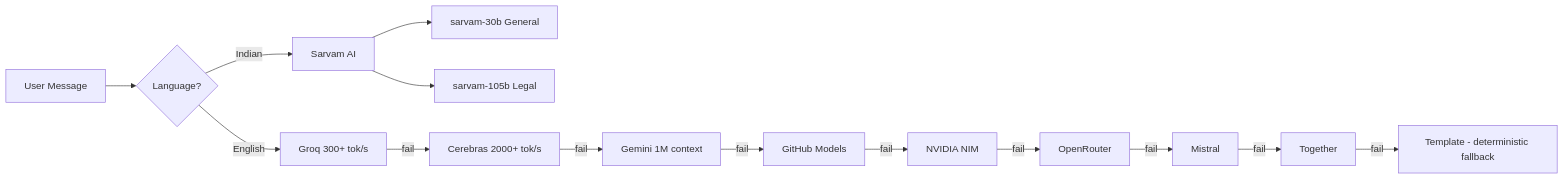
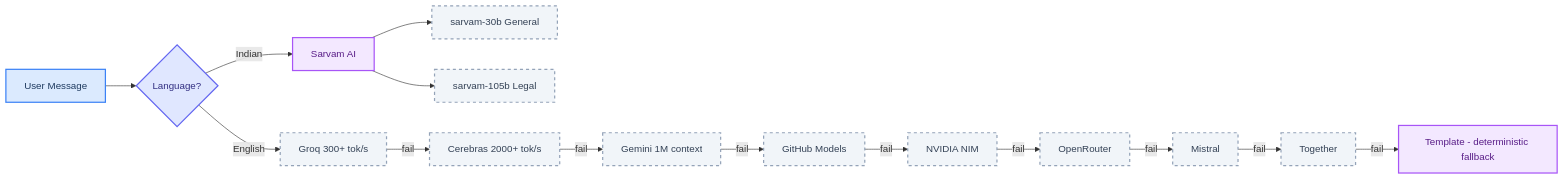
One commit to SafeVixAI/SafeVixAI changed the fifth of 11 diagrams in docs/architecture/Architecture.md. Above: the diagram before and after it, drawn with Mermaid. The commit also changed other lines of this file and 85 other files, not shown here.

Commit message:
docs: Fix Mermaid diagrams, resolve relative link warnings, and ensure clean mkdocs build

````diff
--- a/docs/architecture/Architecture.md
+++ b/docs/architecture/Architecture.md
@@ -332,16 +348,25 @@
 ```mermaid
 flowchart LR
-    A[User Message] --> B{Language?}
-    B -->|Indian| S[Sarvam AI]
-    S --> S1[sarvam-30b General]
-    S --> S2[sarvam-105b Legal]
-    B -->|English| C[Groq 300+ tok/s]
-    C -->|fail| D[Cerebras 2000+ tok/s]
-    D -->|fail| E[Gemini 1M context]
-    E -->|fail| F[GitHub Models]
-    F -->|fail| G[NVIDIA NIM]
-    G -->|fail| H[OpenRouter]
-    H -->|fail| I[Mistral]
-    I -->|fail| J[Together]
-    J -->|fail| K[Template - deterministic fallback]
+    classDef edge fill:#dbeafe,stroke:#3b82f6,stroke-width:2px,color:#1e3a5f
+    classDef control fill:#dcfce7,stroke:#22c55e,stroke-width:2px,color:#14532d
+    classDef ai fill:#f3e8ff,stroke:#a855f7,stroke-width:2px,color:#581c87
+    classDef data fill:#fef3c7,stroke:#f59e0b,stroke-width:2px,color:#78350f
+    classDef security fill:#fee2e2,stroke:#ef4444,stroke-width:2px,color:#7f1d1d
+    classDef external fill:#f1f5f9,stroke:#94a3b8,stroke-width:2px,stroke-dasharray:5 5,color:#334155
+    classDef decision fill:#e0e7ff,stroke:#6366f1,stroke-width:2px,color:#312e81
+    classDef success fill:#d1fae5,stroke:#10b981,stroke-width:2px,color:#064e3b
+
+    A["User Message"]:::edge --> B{"Language?"}:::decision
+    B -->|"Indian"| S["Sarvam AI"]:::ai
+    S --> S1["sarvam-30b General"]:::external
+    S --> S2["sarvam-105b Legal"]:::external
+    B -->|"English"| C["Groq 300+ tok/s"]:::external
+    C -->|"fail"| D["Cerebras 2000+ tok/s"]:::external
+    D -->|"fail"| E["Gemini 1M context"]:::external
+    E -->|"fail"| F["GitHub Models"]:::external
+    F -->|"fail"| G["NVIDIA NIM"]:::external
+    G -->|"fail"| H["OpenRouter"]:::external
+    H -->|"fail"| I["Mistral"]:::external
+    I -->|"fail"| J["Together"]:::external
+    J -->|"fail"| K["Template - deterministic fallback"]:::ai
 ```
````
